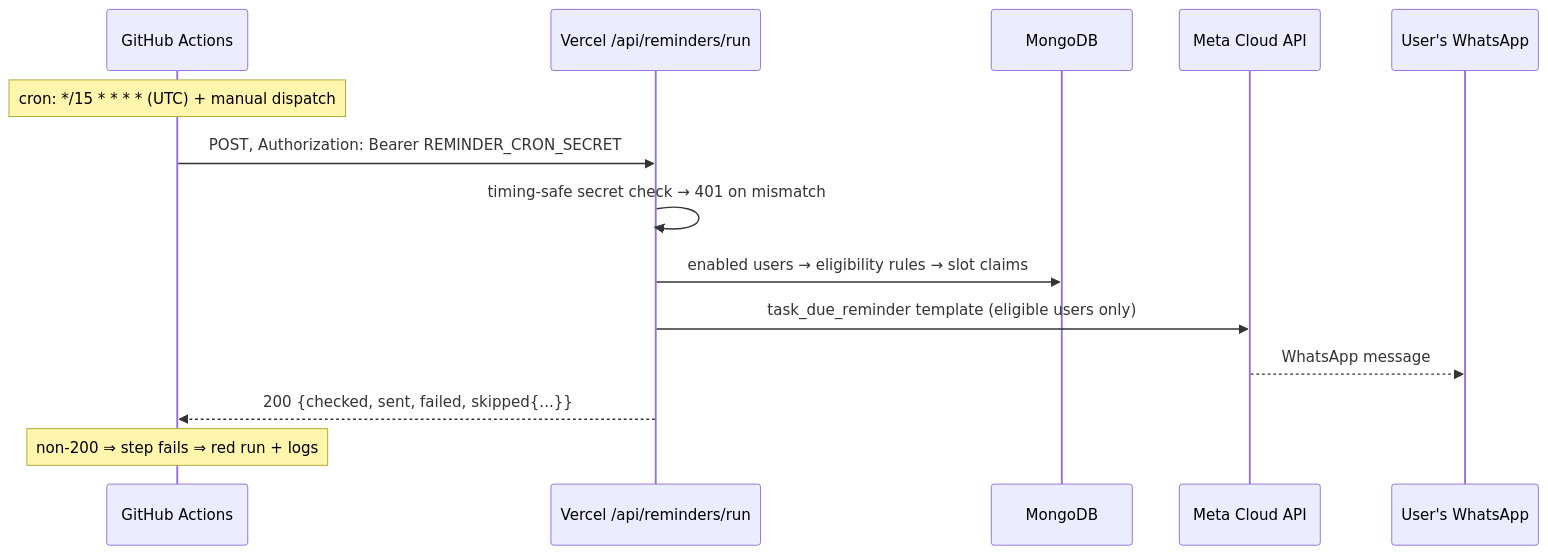
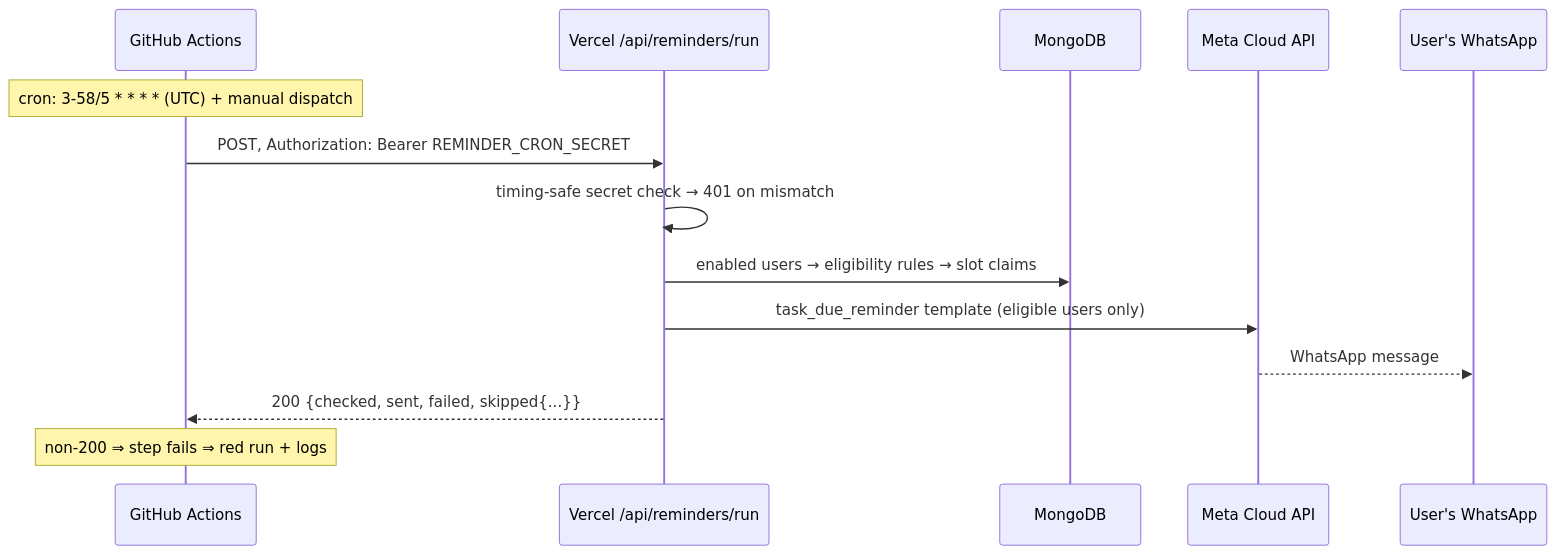
The diagram in docs/GITHUB_ACTIONS.md (ajaykumarsaini231/algo_trackr), drawn with Mermaid before and after one commit. The commit also changed other lines of this file and 1 other file, not shown here.

First line of the commit message:
fix(reminders): dodge GitHub cron drift with off-peak 5-minute schedule

````diff
--- a/docs/GITHUB_ACTIONS.md
+++ b/docs/GITHUB_ACTIONS.md
@@ -9,17 +9,17 @@
 ```mermaid
 sequenceDiagram
     participant GHA as GitHub Actions
     participant V as Vercel /api/reminders/run
     participant DB as MongoDB
     participant META as Meta Cloud API
     participant U as User's WhatsApp
 
-    Note over GHA: cron: */15 * * * * (UTC) + manual dispatch
+    Note over GHA: cron: 3-58/5 * * * * (UTC) + manual dispatch
     GHA->>V: POST, Authorization: Bearer REMINDER_CRON_SECRET
     V->>V: timing-safe secret check → 401 on mismatch
     V->>DB: enabled users → eligibility rules → slot claims
     V->>META: task_due_reminder template (eligible users only)
     META-->>U: WhatsApp message
     V-->>GHA: 200 {checked, sent, failed, skipped{...}}
     Note over GHA: non-200 ⇒ step fails ⇒ red run + logs
 ```
````
